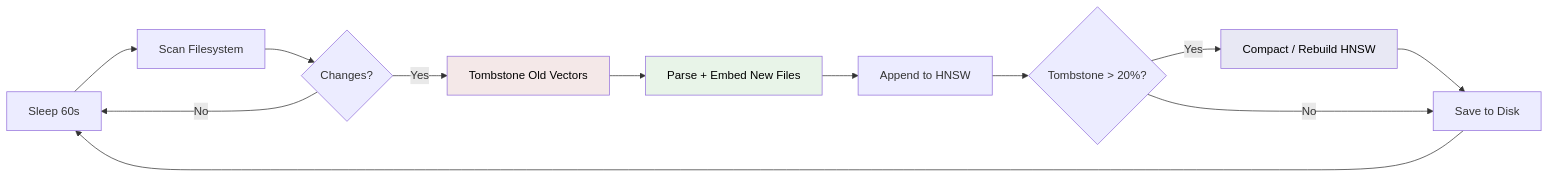
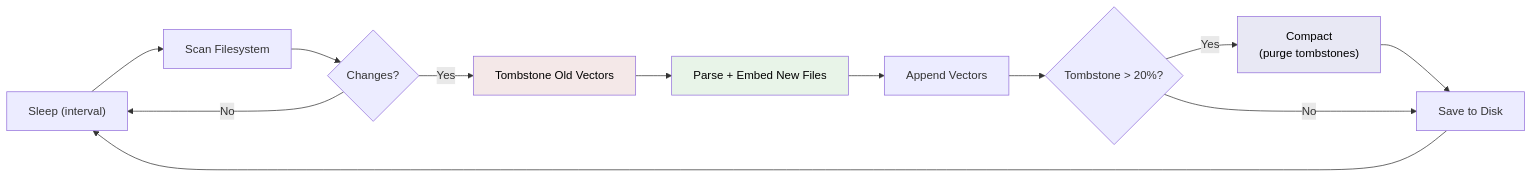
The seventh of 9 diagrams in README.md (krejcif/magector), drawn with Mermaid before and after one commit. The commit also changed other lines of this file, not shown here.

````diff
--- a/README.md
+++ b/README.md
@@ -941,13 +890,13 @@
 ```mermaid
 flowchart LR
-  W1["Sleep 60s"] --> W2["Scan Filesystem"] --> W3{"Changes?"}
+  W1["Sleep (interval)"] --> W2["Scan Filesystem"] --> W3{"Changes?"}
   W3 -->|No| W1
-  W3 -->|Yes| W4["Tombstone Old Vectors"] --> W5["Parse + Embed New Files"] --> W6["Append to HNSW"] --> W7{"Tombstone > 20%?"}
-  W7 -->|Yes| W8["Compact / Rebuild HNSW"] --> W9["Save to Disk"]
+  W3 -->|Yes| W4["Tombstone Old Vectors"] --> W5["Parse + Embed New Files"] --> W6["Append Vectors"] --> W7{"Tombstone > 20%?"}
+  W7 -->|Yes| W8["Compact<br/>(purge tombstones)"] --> W9["Save to Disk"]
   W7 -->|No| W9
   W9 --> W1
 
   style W4 fill:#f4e8e8,color:#000
   style W5 fill:#e8f4e8,color:#000
   style W8 fill:#e8e8f4,color:#000
 ```
````
